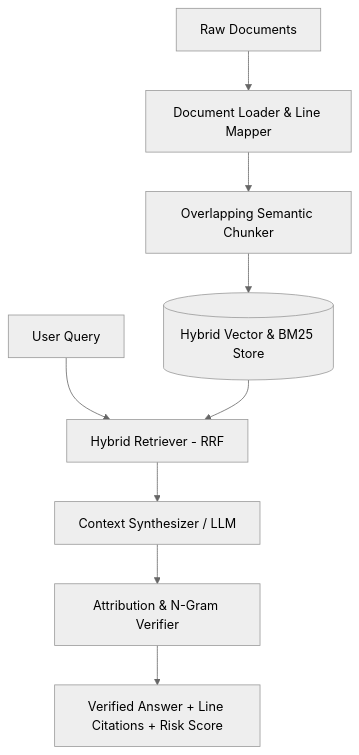
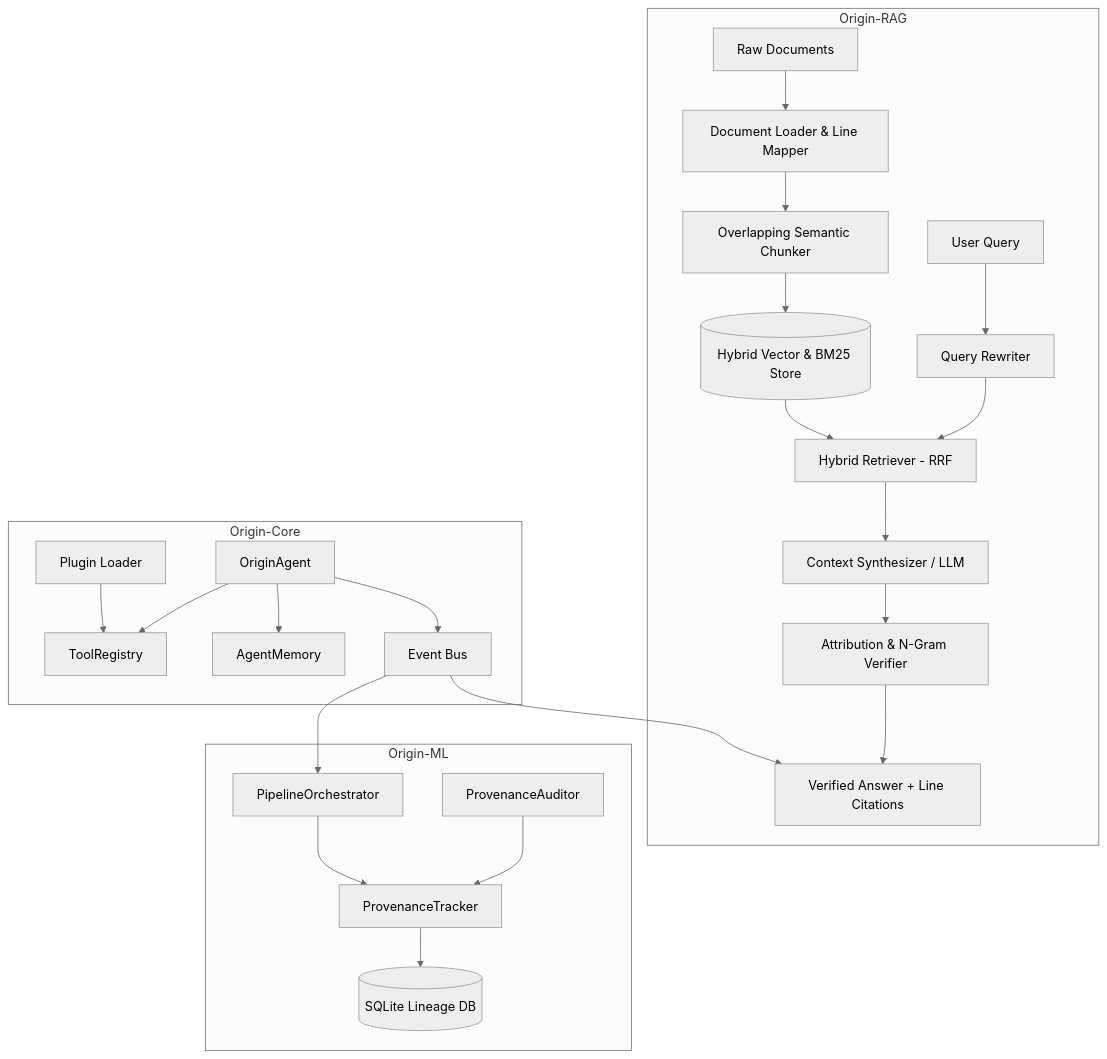
One commit to Dharmendra-05/Origin changed the diagram in README.md. Above: the diagram before and after it, drawn with Mermaid (neutral theme). The commit also changed other lines of this file, not shown here.

Commit message:
docs: update README with full three-engine architecture and new modules

````diff
--- a/README.md
+++ b/README.md
@@ -60,13 +74,30 @@
 ```mermaid
 flowchart TD
-    A[Raw Documents] --> B[Document Loader & Line Mapper]
-    B --> C[Overlapping Semantic Chunker]
-    C --> D[(Hybrid Vector & BM25 Store)]
-    
-    E[User Query] --> F[Hybrid Retriever - RRF]
-    D --> F
-    F --> G[Context Synthesizer / LLM]
-    
-    G --> H[Attribution & N-Gram Verifier]
-    H --> I[Verified Answer + Line Citations + Risk Score]
+    subgraph RAG["Origin-RAG"]
+        A[Raw Documents] --> B[Document Loader & Line Mapper]
+        B --> C[Overlapping Semantic Chunker]
+        C --> D[(Hybrid Vector & BM25 Store)]
+        E[User Query] --> QR[Query Rewriter]
+        QR --> F[Hybrid Retriever - RRF]
+        D --> F
+        F --> G[Context Synthesizer / LLM]
+        G --> H[Attribution & N-Gram Verifier]
+        H --> I[Verified Answer + Line Citations]
+    end
+
+    subgraph CORE["Origin-Core"]
+        J[OriginAgent] --> K[ToolRegistry]
+        J --> L[AgentMemory]
+        J --> EB[Event Bus]
+        PL[Plugin Loader] --> K
+    end
+
+    subgraph ML["Origin-ML"]
+        M[ProvenanceTracker] --> N[(SQLite Lineage DB)]
+        O[ProvenanceAuditor] --> M
+        P[PipelineOrchestrator] --> M
+    end
+
+    EB --> I
+    EB --> P
 ```
````
